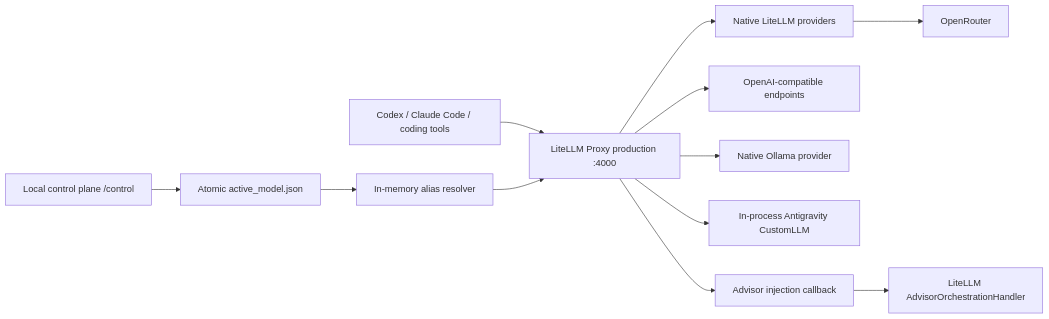
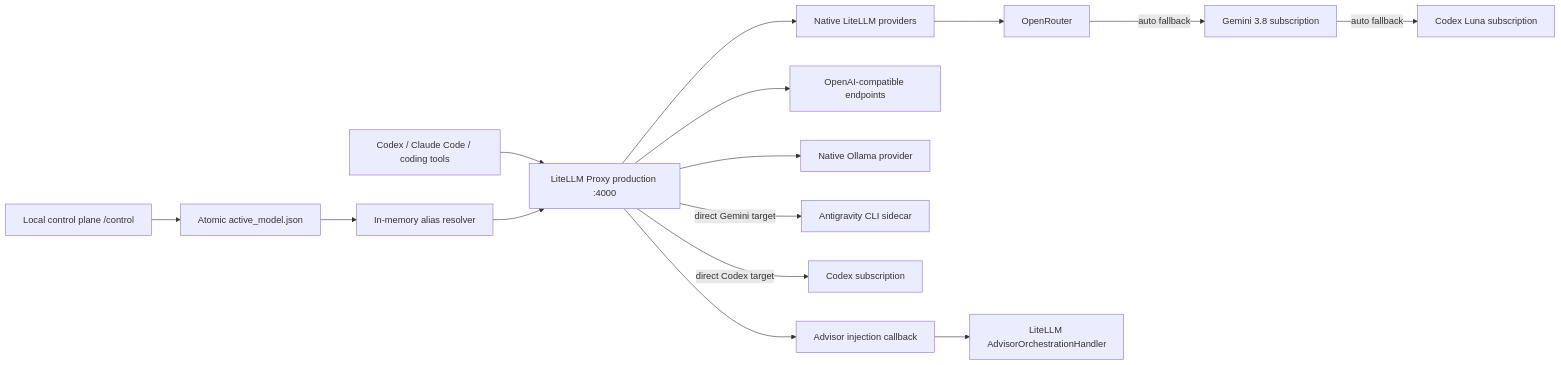
The diagram in docs/misc/architecture.md (stancsz/subroute), drawn with Mermaid before and after one commit. The commit also changed other lines of this file and 51 other files, not shown here.

````diff
--- a/docs/misc/architecture.md
+++ b/docs/misc/architecture.md
@@ -3,14 +3,17 @@
 ```mermaid
 flowchart LR
     Clients[Codex / Claude Code / coding tools] --> Proxy[LiteLLM Proxy production :4000]
     Proxy --> Native[Native LiteLLM providers]
     Native --> OpenRouter[OpenRouter]
+    OpenRouter -->|auto fallback| GeminiAuto[Gemini 3.8 subscription]
+    GeminiAuto -->|auto fallback| CodexAuto[Codex Luna subscription]
     Proxy --> Compatible[OpenAI-compatible endpoints]
     Proxy --> Ollama[Native Ollama provider]
-    Proxy --> Antigravity[In-process Antigravity CustomLLM]
+    Proxy -->|direct Gemini target| Antigravity[Antigravity CLI sidecar]
+    Proxy -->|direct Codex target| Codex[Codex subscription]
     Proxy --> Advisor[Advisor injection callback]
     Control[Local control plane /control] --> State[Atomic active_model.json]
     State --> Router[In-memory alias resolver]
     Router --> Proxy
     Advisor --> BuiltIn[LiteLLM AdvisorOrchestrationHandler]
 ```
````
